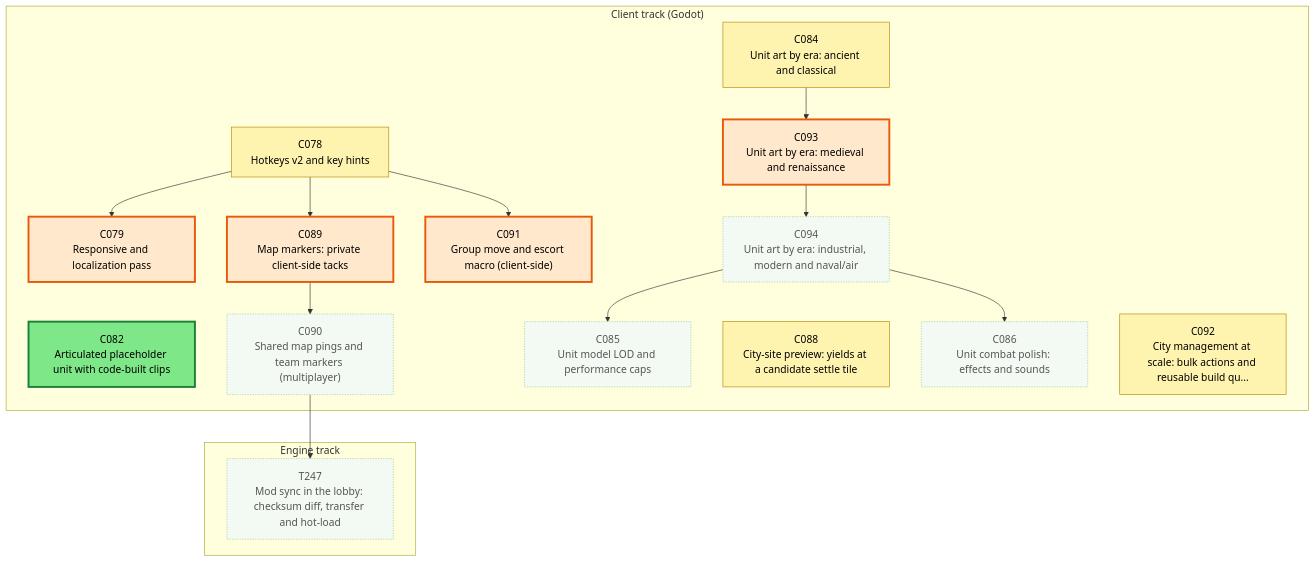
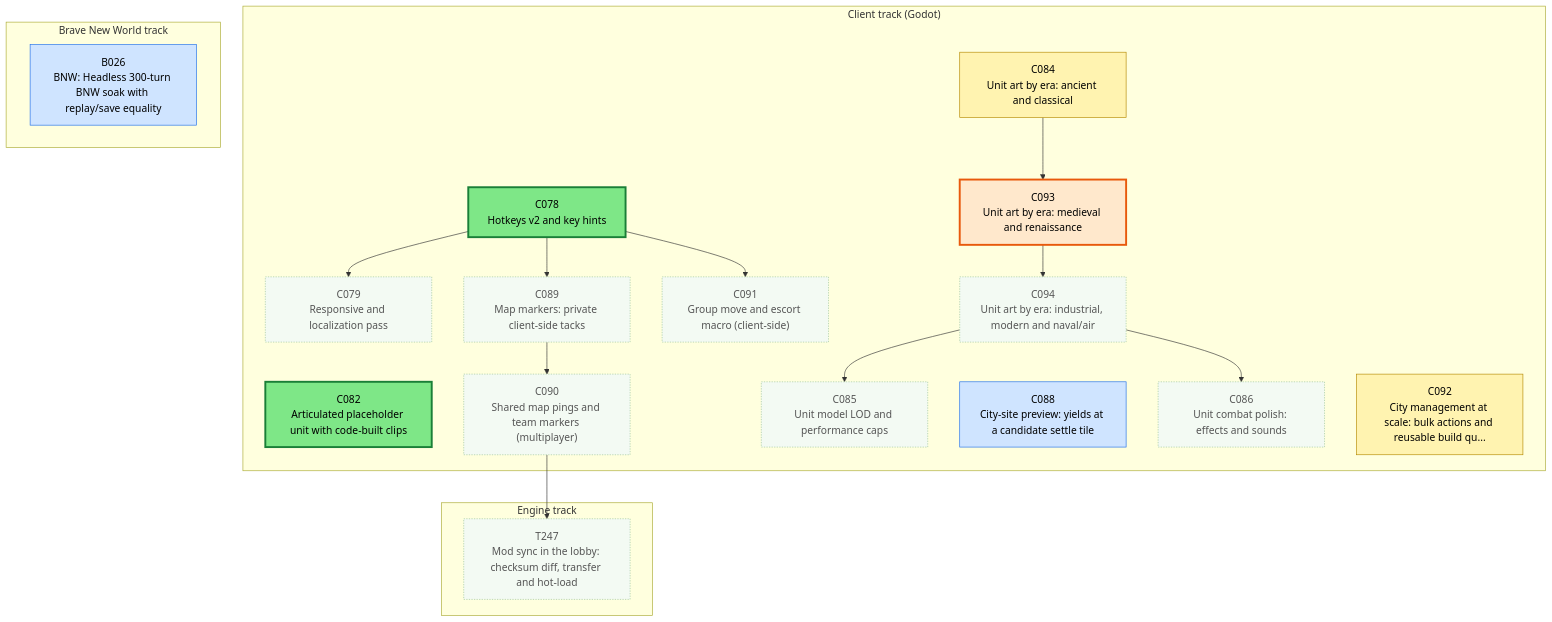
Before and after one commit to Kenmura/Unciv: the first of 3 diagrams in csharp/migration/DEPENDENCY_MAP.md, drawn with Mermaid. The commit also changed other lines of this file and 19 other files, not shown here.

````diff
--- a/csharp/migration/DEPENDENCY_MAP.md
+++ b/csharp/migration/DEPENDENCY_MAP.md
@@ -25,51 +25,55 @@
 ```mermaid
 flowchart TD
   subgraph TTRACK["Engine track"]
     T247["T247<br/>Mod sync in the lobby: checksum diff, transfer and hot-load"]
   end
   subgraph CTRACK["Client track (Godot)"]
     C078["C078<br/>Hotkeys v2 and key hints"]
     C079["C079<br/>Responsive and localization pass"]
     C082["C082<br/>Articulated placeholder unit with code-built clips"]
     C084["C084<br/>Unit art by era: ancient and classical"]
     C085["C085<br/>Unit model LOD and performance caps"]
     C086["C086<br/>Unit combat polish: effects and sounds"]
     C088["C088<br/>City-site preview: yields at a candidate settle tile"]
     C089["C089<br/>Map markers: private client-side tacks"]
     C090["C090<br/>Shared map pings and team markers (multiplayer)"]
     C091["C091<br/>Group move and escort macro (client-side)"]
     C092["C092<br/>City management at scale: bulk actions and reusable build qu..."]
     C093["C093<br/>Unit art by era: medieval and renaissance"]
     C094["C094<br/>Unit art by era: industrial, modern and naval/air"]
   end
+  subgraph BTRACK["Brave New World track"]
+    B026["B026<br/>BNW: Headless 300-turn BNW soak with replay/save equality"]
+  end
   C090 --> T247
   C078 --> C079
   C094 --> C085
   C094 --> C086
   C078 --> C089
   C089 --> C090
   C078 --> C091
   C084 --> C093
   C093 --> C094
   classDef waiting fill:#f3faf3,stroke:#9bc49b,color:#555,stroke-dasharray:2 2
   classDef ondeck fill:#ffe8cc,stroke:#e8590c,stroke-width:3px,color:#000
   classDef ready fill:#7ee787,stroke:#1a7f37,stroke-width:3px,color:#000
   classDef prog fill:#fff3b0,stroke:#b58900,color:#000
   classDef review fill:#cfe4ff,stroke:#1f6feb,color:#000
   classDef blocked fill:#ffd6d6,stroke:#c62828,color:#000
   classDef done fill:#eeeeee,stroke:#999999,color:#666,stroke-dasharray:4 3
-  class C078 prog
-  class C079 ondeck
+  class B026 review
+  class C078 ready
+  class C079 waiting
   class C082 ready
   class C084 prog
   class C085 waiting
   class C086 waiting
-  class C088 prog
-  class C089 ondeck
+  class C088 review
+  class C089 waiting
   class C090 waiting
-  class C091 ondeck
+  class C091 waiting
   class C092 prog
   class C093 ondeck
   class C094 waiting
   class T247 waiting
 ```
````
